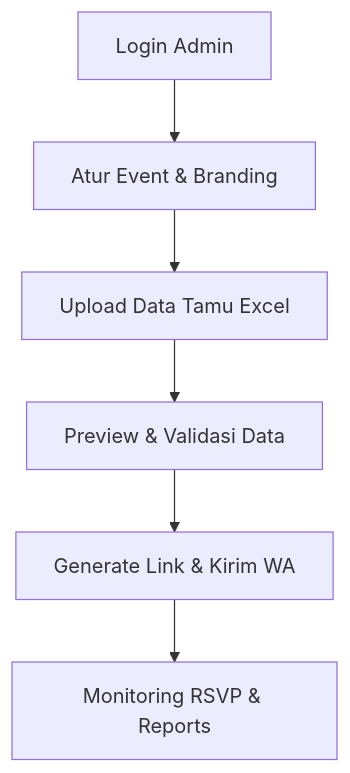
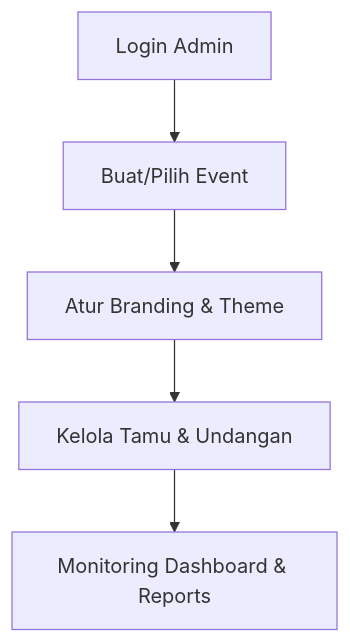
Before and after one commit to bip-itteam-internal/halal-bihalal-2025: the third of 10 diagrams in docs/project_brief.md, drawn with Mermaid. The commit also changed other lines of this file, not shown here.

````diff
--- a/docs/project_brief.md
+++ b/docs/project_brief.md
@@ -126,8 +126,7 @@
 ```mermaid
 graph TD
-    A1[Login Admin] --> A2[Atur Event & Branding]
-    A2 --> A3[Upload Data Tamu Excel]
-    A3 --> A4[Preview & Validasi Data]
-    A4 --> A5[Generate Link & Kirim WA]
-    A5 --> A6[Monitoring RSVP & Reports]
+    A1[Login Admin] --> A2[Buat/Pilih Event]
+    A2 --> A3[Atur Branding & Theme]
+    A3 --> A4[Kelola Tamu & Undangan]
+    A4 --> A5[Monitoring Dashboard & Reports]
 ```
````
